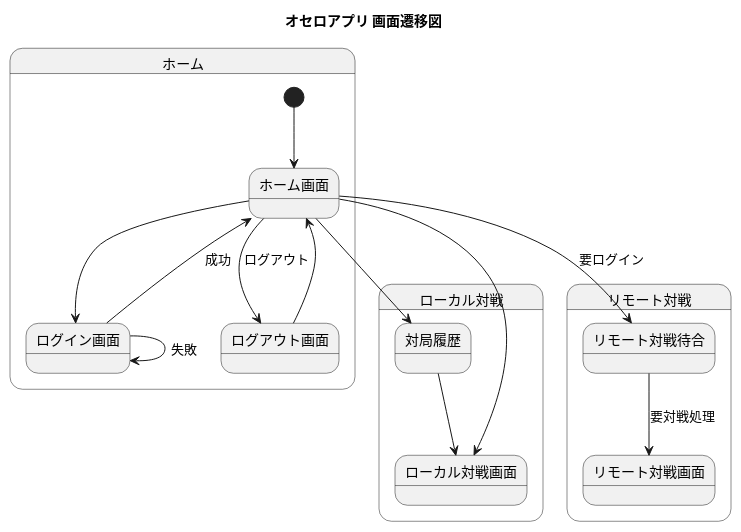
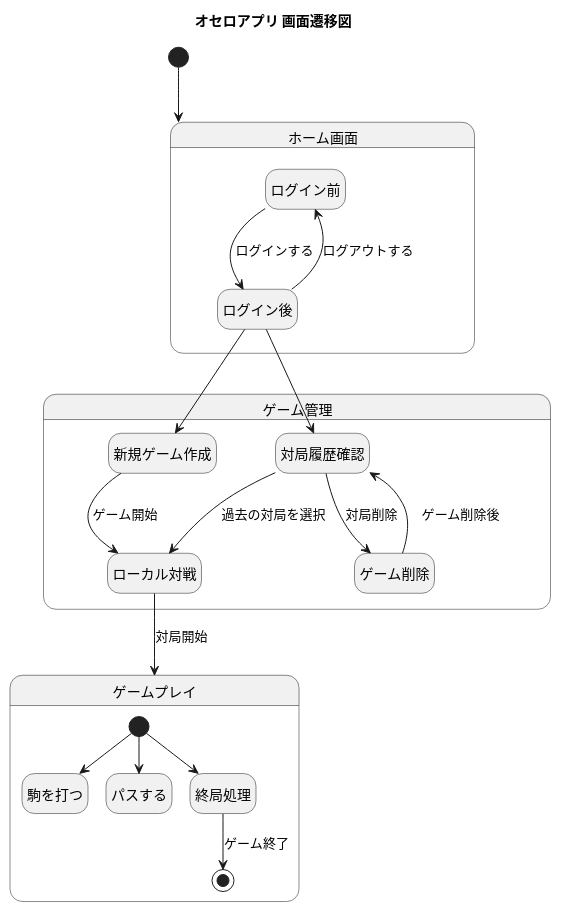
Before and after one commit to tomoki-shiozaki/othello: the diagram in docs/screen_flow/screen_flow_diagram.pu, drawn with PlantUML. The commit also changed 8 other files, not shown here.

Commit message:
docs: update screen flow diagrams

```diff
--- a/docs/screen_flow/screen_flow_diagram.pu
+++ b/docs/screen_flow/screen_flow_diagram.pu
@@ -1,27 +1,53 @@
-@startuml screen flow
+@startuml screen_flow
 skinparam defaultFontName "Noto Sans CJK JP"
+hide empty description
+
 
 title オセロアプリ 画面遷移図
 
-state ホーム {
-  [*] --> ホーム画面
-  ホーム画面 --> ログイン画面 
-  ログイン画面 --> ホーム画面 : 成功
-  ログイン画面 --> ログイン画面 : 失敗
-  ホーム画面 --> ログアウト画面 : ログアウト
-  ログアウト画面 --> ホーム画面
+[*] --> ホーム画面
+state ホーム画面 {
+    state ログイン前
+    state ログイン後
+    ログイン前 --> ログイン後 : ログインする
+    ログイン後 --> ログイン前 : ログアウトする
 }
 
-state ローカル対戦 {
-    ホーム画面 --> ローカル対戦画面
-    ホーム画面 --> 対局履歴
-    対局履歴   --> ローカル対戦画面
+
+
+state ゲーム管理 {
+    state 新規ゲーム作成
+    state ローカル対戦
+    state 対局履歴確認
+    state ゲーム削除
+    対局履歴確認 --> ローカル対戦 : 過去の対局を選択    
+    新規ゲーム作成 --> ローカル対戦 : ゲーム開始
+    対局履歴確認 --> ゲーム削除 : 対局削除
+    ゲーム削除 --> 対局履歴確認 :　ゲーム削除後
 }
 
-state リモート対戦 {
-  ホーム画面 --> リモート対戦待合: 要ログイン
-  リモート対戦待合 --> リモート対戦画面 : 要対戦処理
-  
+state ゲームプレイ {
+    [*] --> 駒を打つ
+    [*] --> パスする
+    [*] --> 終局処理
+    終局処理 --> [*] : ゲーム終了
+    state 駒を打つ
+    state パスする
+    state 終局処理
 }
 
+' ホーム画面とゲーム管理の遷移
+ログイン後 --> 新規ゲーム作成
+ログイン後 --> 対局履歴確認
+
+
+
+' ゲーム管理とゲームプレイの遷移
+ローカル対戦 --> ゲームプレイ : 対局開始
+
+
+
+
+
+
 @enduml
```
